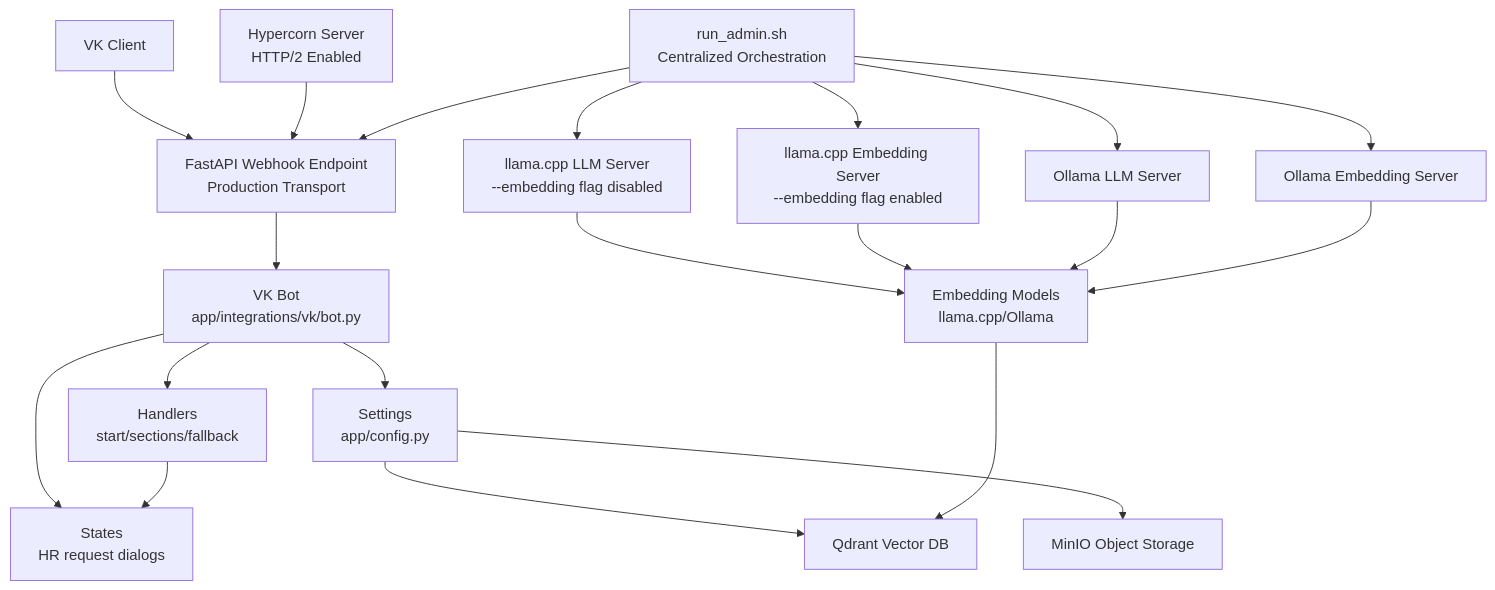
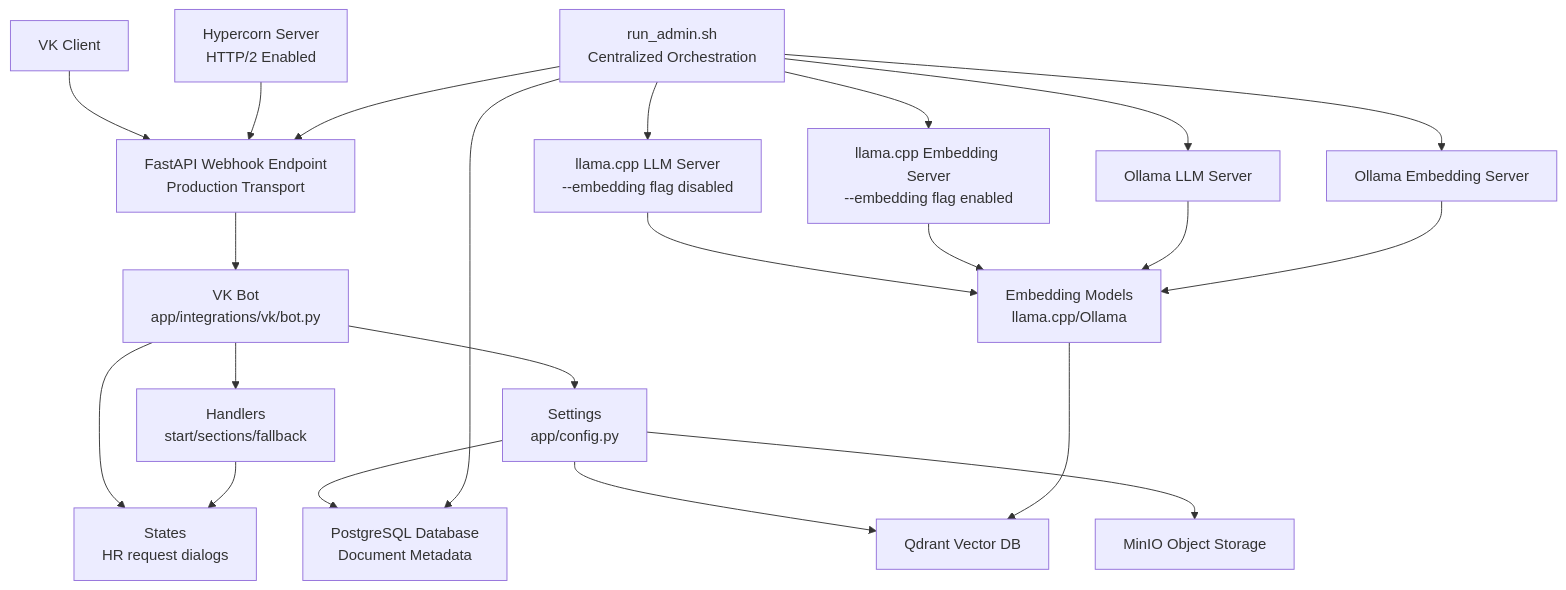
Before and after one commit to ognelis/cafetera_hr_bot: the second of 16 diagrams in .qoder/repowiki/en/content/Deployment and Operations.md, drawn with Mermaid. The commit also changed other lines of this file and 13 other files, not shown here.

````diff
--- a/.qoder/repowiki/en/content/Deployment and Operations.md
+++ b/.qoder/repowiki/en/content/Deployment and Operations.md
@@ -173,37 +187,40 @@
 ```mermaid
 graph TB
 Client["VK Client"]
 Webhook["FastAPI Webhook Endpoint<br/>Production Transport"]
 Bot["VK Bot<br/>app/integrations/vk/bot.py"]
 Handlers["Handlers<br/>start/sections/fallback"]
 States["States<br/>HR request dialogs"]
 Config["Settings<br/>app/config.py"]
+PostgreSQL["PostgreSQL Database<br/>Document Metadata"]
 Qdrant["Qdrant Vector DB"]
 MinIO["MinIO Object Storage"]
 Embeddings["Embedding Models<br/>llama.cpp/Ollama"]
 LlamaLLM["llama.cpp LLM Server<br/>--embedding flag disabled"]
 LlamaEmbed["llama.cpp Embedding Server<br/>--embedding flag enabled"]
 OllamaLLM["Ollama LLM Server"]
 OllamaEmbed["Ollama Embedding Server"]
 Hypercorn["Hypercorn Server<br/>HTTP/2 Enabled"]
 Orchestrator["run_admin.sh<br/>Centralized Orchestration"]
 Client --> Webhook
 Webhook --> Bot
 Bot --> Handlers
 Bot --> States
 Bot --> Config
 Handlers --> States
+Config --> PostgreSQL
 Config --> Qdrant
 Config --> MinIO
 Embeddings --> Qdrant
 LlamaLLM --> Embeddings
 LlamaEmbed --> Embeddings
 OllamaLLM --> Embeddings
 OllamaEmbed --> Embeddings
 Hypercorn --> Webhook
 Orchestrator --> Webhook
 Orchestrator --> LlamaLLM
 Orchestrator --> LlamaEmbed
 Orchestrator --> OllamaLLM
 Orchestrator --> OllamaEmbed
+Orchestrator --> PostgreSQL
 ```
````
